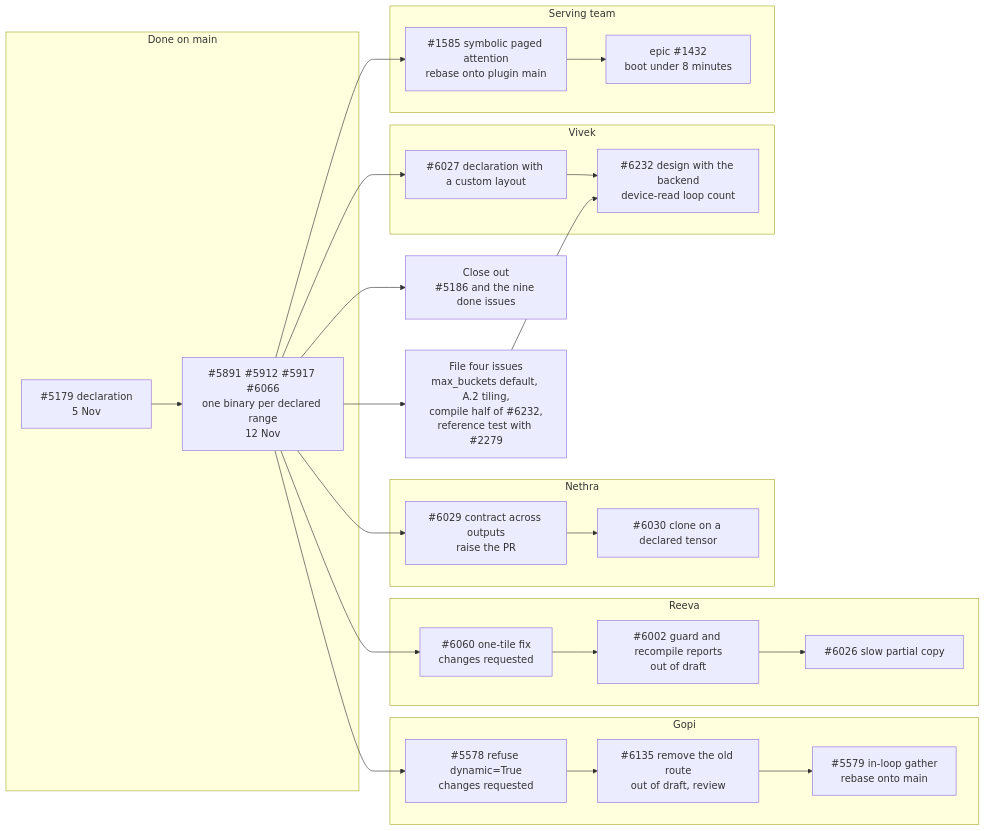
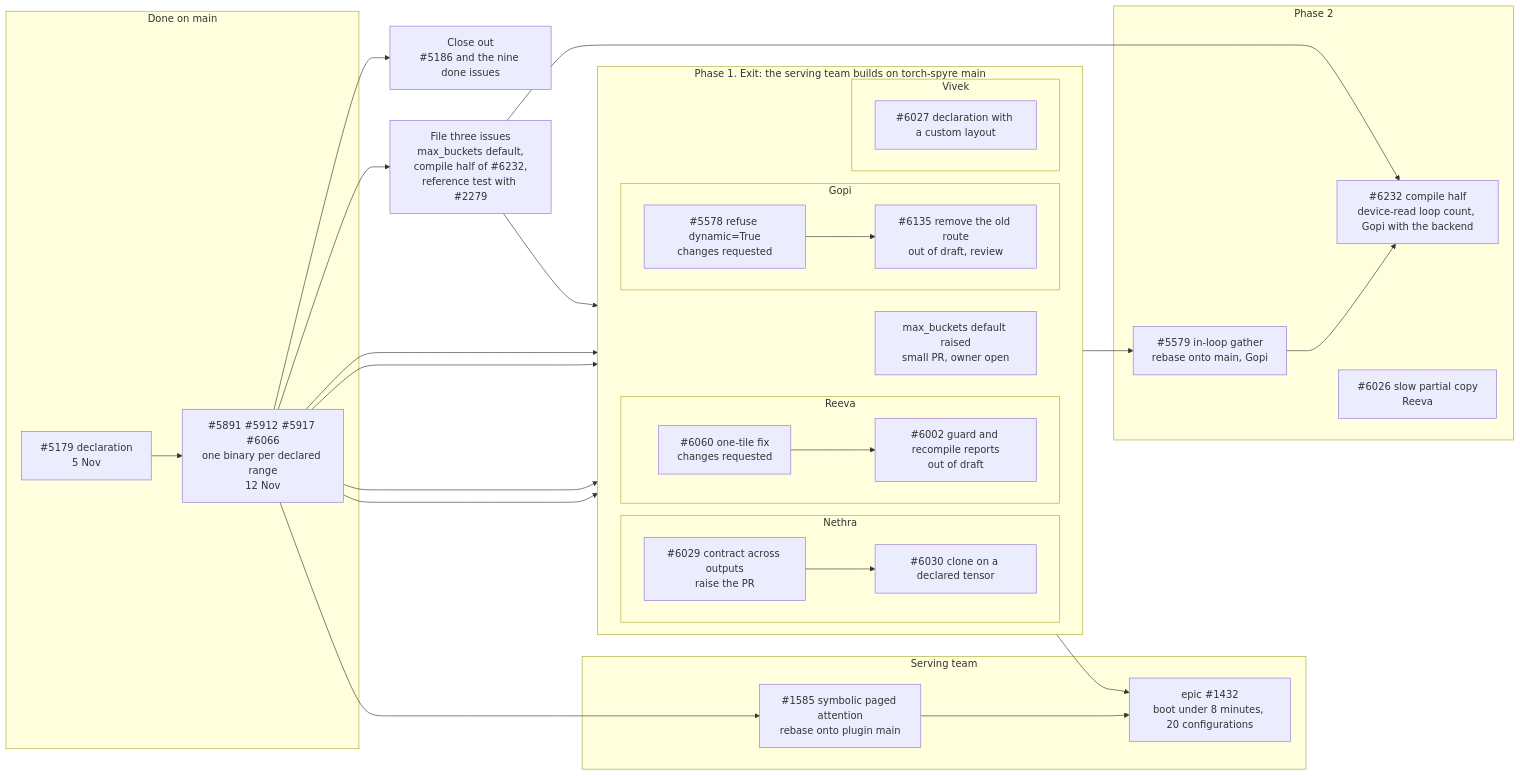
Before and after one commit to Vivek1258/torch-spyre: the diagram in docs/source/compiler/plan.md, drawn with Mermaid.

````diff
--- a/docs/source/compiler/plan.md
+++ b/docs/source/compiler/plan.md
@@ -1,36 +1,46 @@
 ```mermaid
 flowchart LR
     subgraph done["Done on main"]
         A["#5179 declaration<br/>5 Nov"] --> B["#5891 #5912 #5917 #6066<br/>one binary per declared range<br/>12 Nov"]
     end
 
     B --> C["Close out<br/>#5186 and the nine done issues"]
-    B --> D["File four issues<br/>max_buckets default, A.2 tiling,<br/>compile half of #6232,<br/>reference test with #2279"]
+    B --> D["File three issues<br/>max_buckets default,<br/>compile half of #6232,<br/>reference test with #2279"]
 
-    subgraph gopi["Gopi"]
-        G1["#5578 refuse dynamic=True<br/>changes requested"] --> G2["#6135 remove the old route<br/>out of draft, review"] --> G3["#5579 in-loop gather<br/>rebase onto main"]
-    end
-
-    subgraph reeva["Reeva"]
-        R1["#6060 one-tile fix<br/>changes requested"] --> R2["#6002 guard and recompile reports<br/>out of draft"] --> R3["#6026 slow partial copy"]
-    end
-
-    subgraph nethra["Nethra"]
-        N1["#6029 contract across outputs<br/>raise the PR"] --> N2["#6030 clone on a declared tensor"]
-    end
-
-    subgraph vivek["Vivek"]
-        V1["#6027 declaration with a custom layout"] --> V2["#6232 design with the backend<br/>device-read loop count"]
+    subgraph p1["Phase 1. Exit: the serving team builds on torch-spyre main"]
+        direction LR
+        subgraph gopi1["Gopi"]
+            G1["#5578 refuse dynamic=True<br/>changes requested"] --> G2["#6135 remove the old route<br/>out of draft, review"]
+        end
+        subgraph reeva1["Reeva"]
+            R1["#6060 one-tile fix<br/>changes requested"] --> R2["#6002 guard and recompile reports<br/>out of draft"]
+        end
+        subgraph nethra1["Nethra"]
+            N1["#6029 contract across outputs<br/>raise the PR"] --> N2["#6030 clone on a declared tensor"]
+        end
+        subgraph vivek1["Vivek"]
+            V1["#6027 declaration with a custom layout"]
+        end
+        X["max_buckets default raised<br/>small PR, owner open"]
     end
 
     subgraph serving["Serving team"]
-        S1["#1585 symbolic paged attention<br/>rebase onto plugin main"] --> S2["epic #1432<br/>boot under 8 minutes"]
+        S1["#1585 symbolic paged attention<br/>rebase onto plugin main"] --> S2["epic #1432<br/>boot under 8 minutes, 20 configurations"]
+    end
+
+    subgraph p2["Phase 2"]
+        G3["#5579 in-loop gather<br/>rebase onto main, Gopi"] --> G4["#6232 compile half<br/>device-read loop count, Gopi with the backend"]
+        R3["#6026 slow partial copy<br/>Reeva"]
     end
 
     B --> G1
     B --> R1
     B --> N1
     B --> V1
     B --> S1
-    D --> V2
+    D --> X
+    D --> G4
+    G2 --> G3
+    p1 --> S2
+
 ```
````
